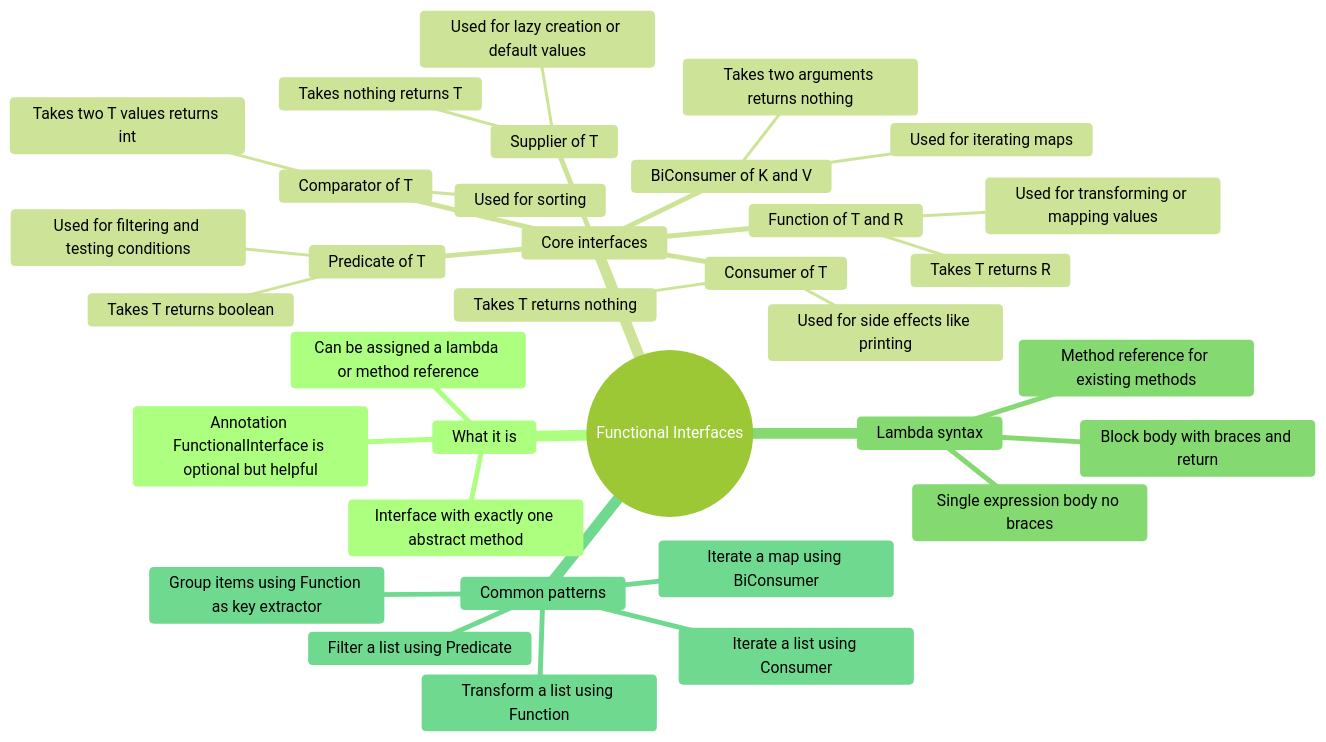
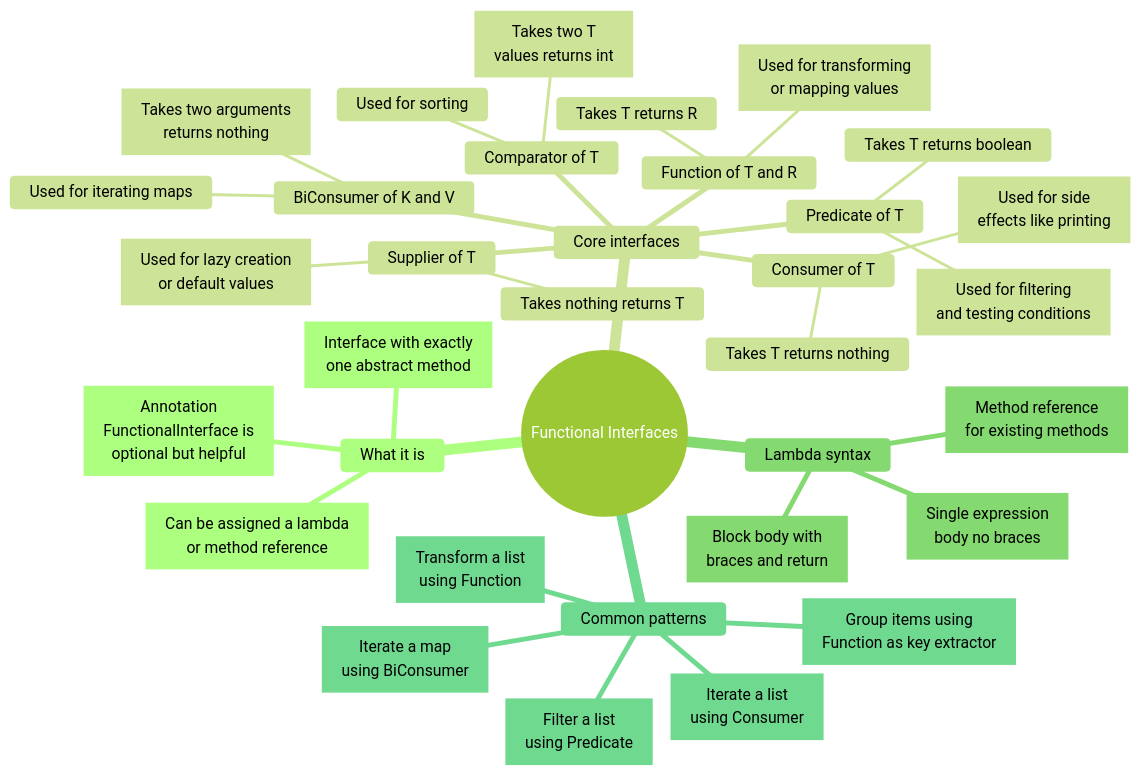
The seventh of 13 diagrams in notes/shared/mind maps/revision_t10_t22.md (nmcguinness/L8-OOP-Module-Content), drawn with Mermaid before and after one commit. The commit also changed other lines of this file and 421 other files, not shown here.

Commit message:
Updated mermaid diagrams and note layout for topics 9-24.

````diff
--- a/notes/shared/mind maps/revision_t10_t22.md
+++ b/notes/shared/mind maps/revision_t10_t22.md
@@ -912,45 +1105,63 @@
 ```mermaid
 ---
 title: "Functional Interfaces"
 accDescr: "Mind map of Functional Interfaces. Branches: What it is; Core interfaces; Lambda syntax; Common patterns."
 ---
-%%{init: { "theme": "forest" }}%%
+%%{init: { "theme": "forest", "markdownAutoWrap": false, "mindmap": { "maxNodeWidth": 300 } }}%%
 mindmap
   root((Functional Interfaces))
     What it is
-      Interface with exactly one abstract method
-      Can be assigned a lambda or method reference
-      Annotation FunctionalInterface is optional but helpful
+      n1["`Interface with exactly
+      one abstract method`"]
+      n2["`Can be assigned a lambda
+      or method reference`"]
+      n3["`Annotation
+      FunctionalInterface is
+      optional but helpful`"]
 
     Core interfaces
       Predicate of T
         Takes T returns boolean
-        Used for filtering and testing conditions
+        n4["`Used for filtering
+        and testing conditions`"]
       Function of T and R
         Takes T returns R
-        Used for transforming or mapping values
+        n5["`Used for transforming
+        or mapping values`"]
       Consumer of T
         Takes T returns nothing
-        Used for side effects like printing
+        n6["`Used for side
+        effects like printing`"]
       Supplier of T
         Takes nothing returns T
-        Used for lazy creation or default values
+        n7["`Used for lazy creation
+        or default values`"]
       BiConsumer of K and V
-        Takes two arguments returns nothing
+        n8["`Takes two arguments
+        returns nothing`"]
         Used for iterating maps
       Comparator of T
-        Takes two T values returns int
+        n9["`Takes two T
+        values returns int`"]
         Used for sorting
 
     Lambda syntax
-      Single expression body no braces
-      Block body with braces and return
-      Method reference for existing methods
+      n10["`Single expression
+      body no braces`"]
+      n11["`Block body with
+      braces and return`"]
+      n12["`Method reference
+      for existing methods`"]
 
     Common patterns
-      Filter a list using Predicate
-      Transform a list using Function
-      Iterate a list using Consumer
-      Group items using Function as key extractor
-      Iterate a map using BiConsumer
+      n13["`Filter a list
+      using Predicate`"]
+      n14["`Transform a list
+      using Function`"]
+      n15["`Iterate a list
+      using Consumer`"]
+      n16["`Group items using
+      Function as key extractor`"]
+      n17["`Iterate a map
+      using BiConsumer`"]
 ```
````
